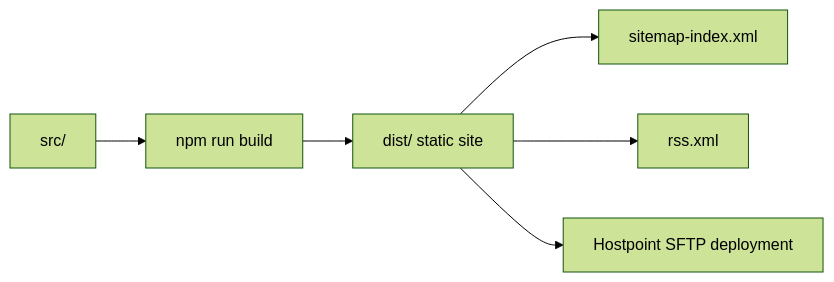
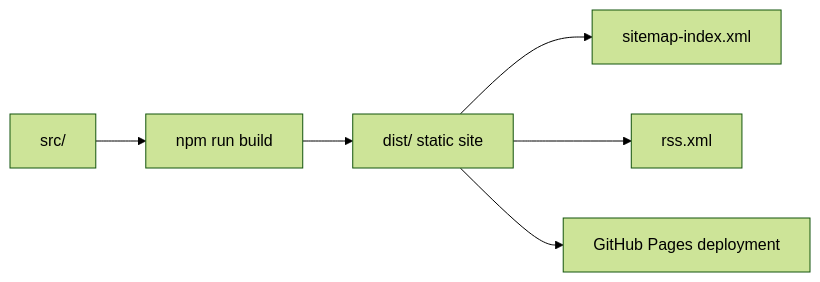
Before and after one commit to kuefmz/websiteli: the second of 2 diagrams in docs/ARCHITECTURE.md, drawn with Mermaid (forest theme). The commit also changed other lines of this file and 6 other files, not shown here.

````diff
--- a/docs/ARCHITECTURE.md
+++ b/docs/ARCHITECTURE.md
@@ -199,8 +200,8 @@
 ```mermaid
 flowchart LR
   Source[src/] --> Build[npm run build]
   Build --> Dist[dist/ static site]
   Dist --> Sitemap[sitemap-index.xml]
   Dist --> RSS[rss.xml]
-  Dist --> Hostpoint[Hostpoint SFTP deployment]
+  Dist --> Pages[GitHub Pages deployment]
 ```
````
